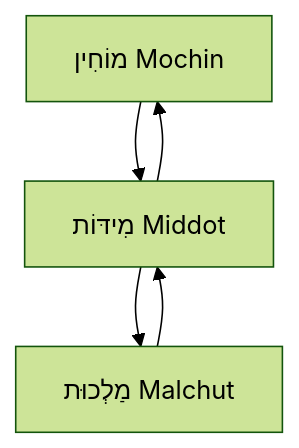
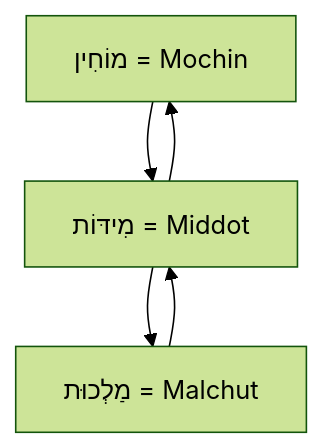
The diagram in Polaris_Nest/Git_Intake_Drawer/🍷_Always_Spiritually_In_Jerusalem/🌳_three_overaching_clusters.md (josefsbreakfast/Polaris-Protocol), drawn with Mermaid (forest theme) before and after one commit.

````diff
--- a/Polaris_Nest/Git_Intake_Drawer/🍷_Always_Spiritually_In_Jerusalem/🌳_three_overaching_clusters.md
+++ b/Polaris_Nest/Git_Intake_Drawer/🍷_Always_Spiritually_In_Jerusalem/🌳_three_overaching_clusters.md
@@ -1,11 +1,11 @@
 ```mermaid
 graph TD
-    A[מוֹחִין  Mochin] 
-    B[מִידּוֹת  Middot]
-    C[מַלְכוּת  Malchut]
+    A[מוֹחִין = Mochin] 
+    B[מִידּוֹת  = Middot]
+    C[מַלְכוּת = Malchut]
 
     A --> B
     B --> C
     B --> A
     C --> B
   ```
````
